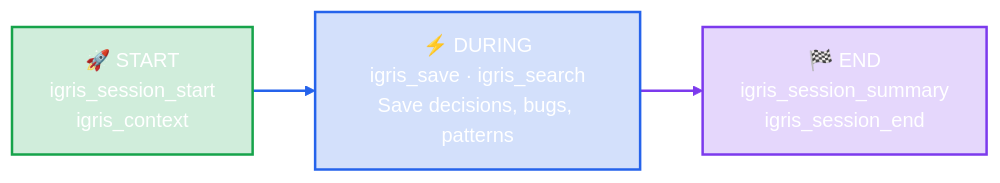
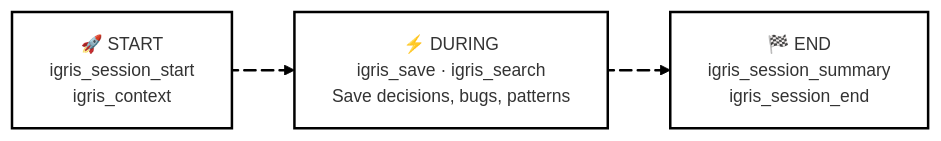
Before and after one commit to getigris/igris-memory: the second of 6 diagrams in README.md, drawn with Mermaid. The commit also changed other lines of this file, not shown here.

First line of the commit message:
Enhance README.md with improved mermaid diagrams and configurations

````diff
--- a/README.md
+++ b/README.md
@@ -117,12 +118,13 @@
 ```mermaid
+---
+config:
+  theme: neo
+  look: hand-drawn
+---
 graph LR
-    START["🚀 START\nigris_session_start\nigris_context"] --> DURING["⚡ DURING\nigris_save · igris_search\nSave decisions, bugs, patterns"]
-    DURING --> END_S["🏁 END\nigris_session_summary\nigris_session_end"]
+    START["🚀 START\nigris_session_start\nigris_context"] L_s1@--> DURING["⚡ DURING\nigris_save · igris_search\nSave decisions, bugs, patterns"]
+    DURING L_s2@--> END_S["🏁 END\nigris_session_summary\nigris_session_end"]
 
-    style START fill:#16a34a33,stroke:#16a34a,color:#fff,stroke-width:2px
-    style DURING fill:#2563eb33,stroke:#2563eb,color:#fff,stroke-width:2px
-    style END_S fill:#7c3aed33,stroke:#7c3aed,color:#fff,stroke-width:2px
-
-    linkStyle 0 stroke:#2563eb,stroke-width:2px
-    linkStyle 1 stroke:#7c3aed,stroke-width:2px
+    L_s1@{ animation: slow }
+    L_s2@{ animation: slow }
 ```
````
